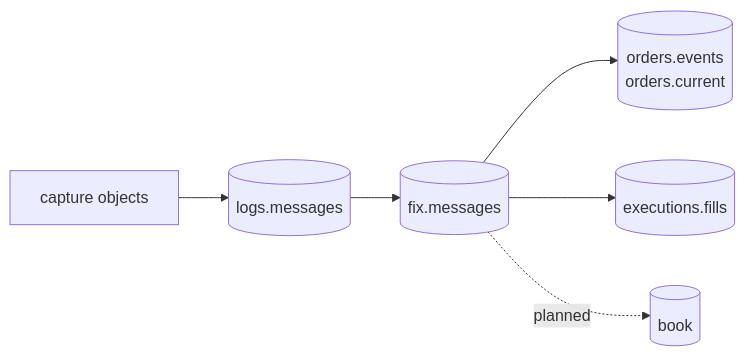
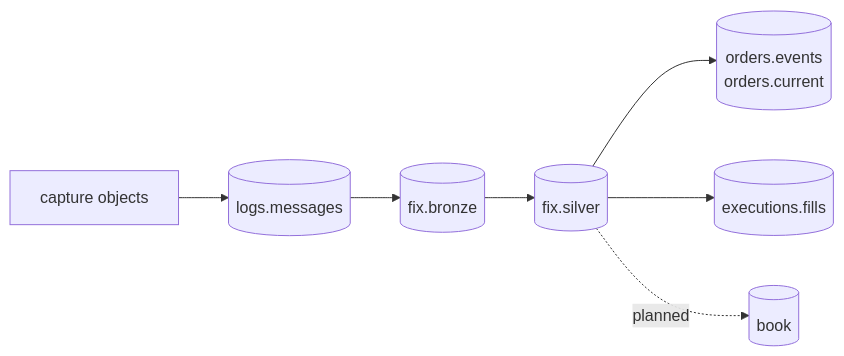
The diagram in docs/products/index.md (Platob/yggfin), drawn with Mermaid before and after one commit. The commit also changed other lines of this file and 1653 other files, not shown here.

````diff
--- a/docs/products/index.md
+++ b/docs/products/index.md
@@ -7,8 +8,9 @@
 ```mermaid
 flowchart LR
     C["capture objects"] --> M[("logs.messages")]
-    M --> F[("fix.messages")]
-    F --> O[("orders.events<br/>orders.current")]
-    F --> E[("executions.fills")]
-    F -.planned.-> B[("book")]
+    M --> B[("fix.bronze")]
+    B --> S[("fix.silver")]
+    S --> O[("orders.events<br/>orders.current")]
+    S --> E[("executions.fills")]
+    S -.planned.-> K[("book")]
 ```
````
